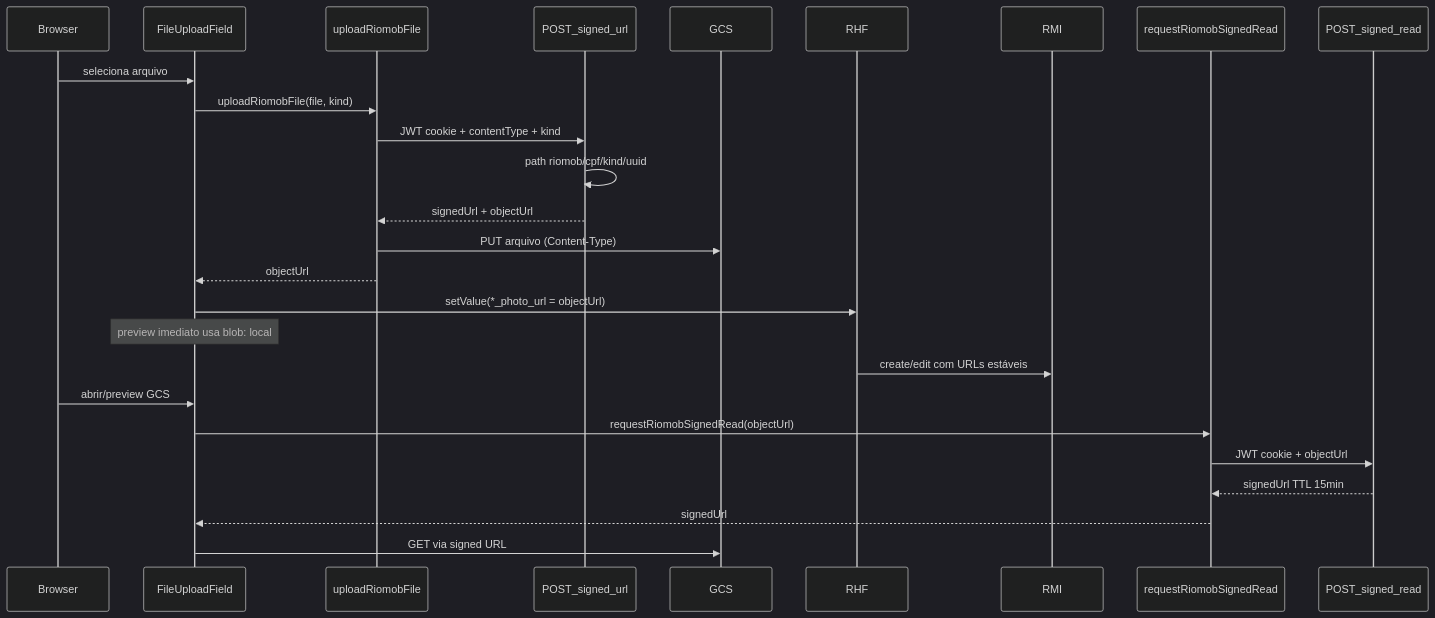
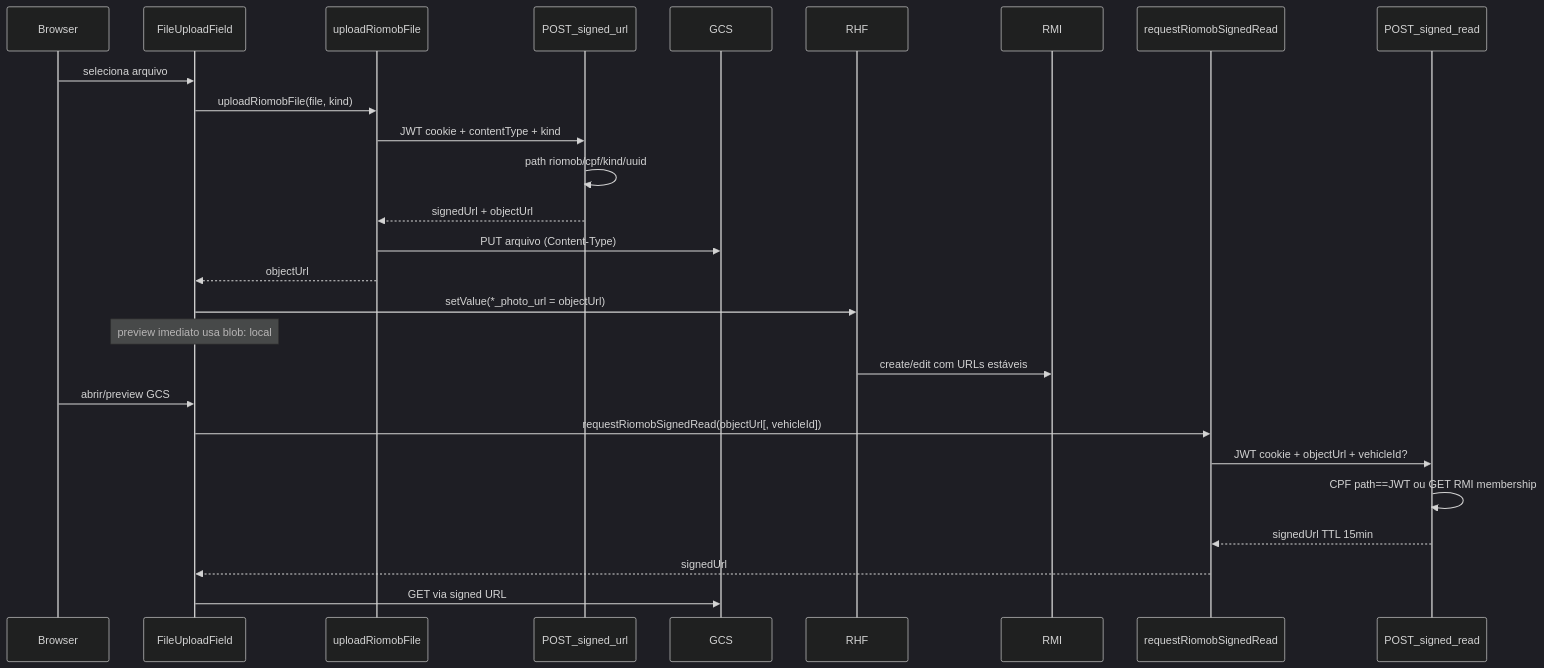
The diagram in docs/riomob-gcs-upload.md (prefeitura-rio/superapp), drawn with Mermaid (dark theme) before and after one commit. The commit also changed other lines of this file and 6 other files, not shown here.

First line of the commit message:
fix(riomob): authorize signed-read by owner CPF or vehicle membership

````diff
--- a/docs/riomob-gcs-upload.md
+++ b/docs/riomob-gcs-upload.md
@@ -25,30 +25,31 @@
 ```mermaid
 sequenceDiagram
   participant Browser
   participant FileUploadField
   participant UploadLib as uploadRiomobFile
   participant BffWrite as POST_signed_url
   participant GCS
   participant RHF
   participant RMI
   participant ReadLib as requestRiomobSignedRead
   participant BffRead as POST_signed_read
 
   Browser->>FileUploadField: seleciona arquivo
   FileUploadField->>UploadLib: uploadRiomobFile(file, kind)
   UploadLib->>BffWrite: JWT cookie + contentType + kind
   BffWrite->>BffWrite: path riomob/cpf/kind/uuid
   BffWrite-->>UploadLib: signedUrl + objectUrl
   UploadLib->>GCS: PUT arquivo (Content-Type)
   UploadLib-->>FileUploadField: objectUrl
   FileUploadField->>RHF: setValue(*_photo_url = objectUrl)
   Note over FileUploadField: preview imediato usa blob: local
   RHF->>RMI: create/edit com URLs estáveis
 
   Browser->>FileUploadField: abrir/preview GCS
-  FileUploadField->>ReadLib: requestRiomobSignedRead(objectUrl)
-  ReadLib->>BffRead: JWT cookie + objectUrl
+  FileUploadField->>ReadLib: requestRiomobSignedRead(objectUrl[, vehicleId])
+  ReadLib->>BffRead: JWT cookie + objectUrl + vehicleId?
+  BffRead->>BffRead: CPF path==JWT ou GET RMI membership
   BffRead-->>ReadLib: signedUrl TTL 15min
   ReadLib-->>FileUploadField: signedUrl
   FileUploadField->>GCS: GET via signed URL
 ```
````
